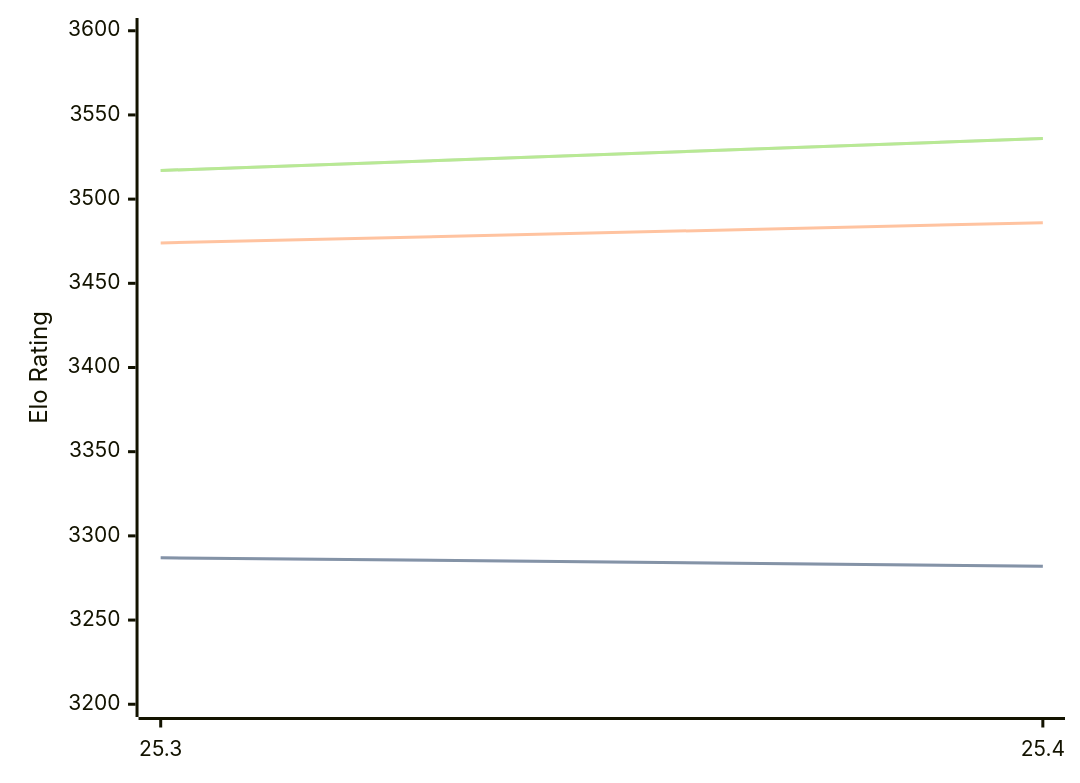
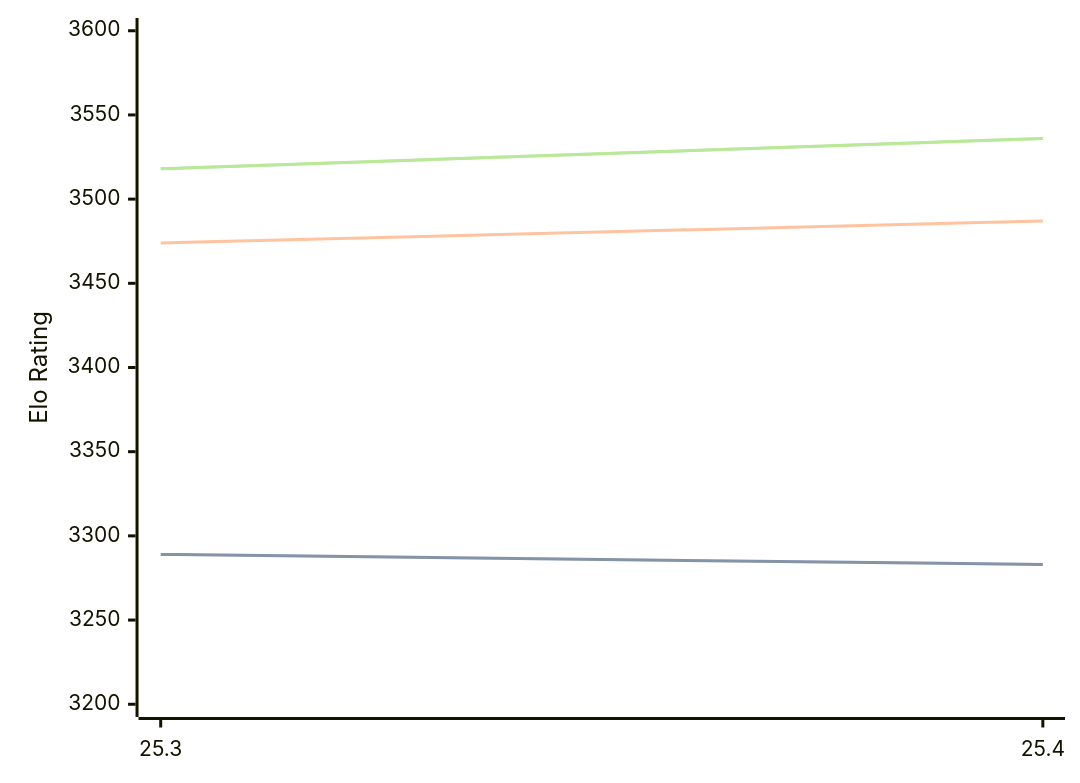
Before and after one commit to computer-chess-index/cci: the diagram in engines/Arasan.md, drawn with Mermaid. The commit also changed other lines of this file, not shown here.

Commit message:
Update CCI Ratings (ELO VLTC) - 2026-05-04

````diff
--- a/engines/Arasan.md
+++ b/engines/Arasan.md
@@ -33,11 +33,11 @@
 ```mermaid
 %%{init: {"theme":"base","themeVariables":{"seriesColors:['#a3a3a3','#222221','#faa371']}}}%%
 xychart-beta
   x-axis ["25.3", "25.4"]
   y-axis "Elo Rating" 3200 --> 3600
-  line "STC (8.0+0.08s)" [3287, 3282]
-  line "STC (8.0+0.08s)" [3287, 3282]
-  line "LTC (60.0+0.60s)" [3474, 3486]
-  line "VLTC (2m24s+1.12s)" [3517, 3536]
-  line "VLTC (2m24s+1.12s)" [3517, 3536]
+  line "STC (8.0+0.08s)" [3289, 3283]
+  line "STC (8.0+0.08s)" [3289, 3283]
+  line "LTC (60.0+0.60s)" [3474, 3487]
+  line "VLTC (2m24s+1.12s)" [3518, 3536]
+  line "VLTC (2m24s+1.12s)" [3518, 3536]
 ```
````
